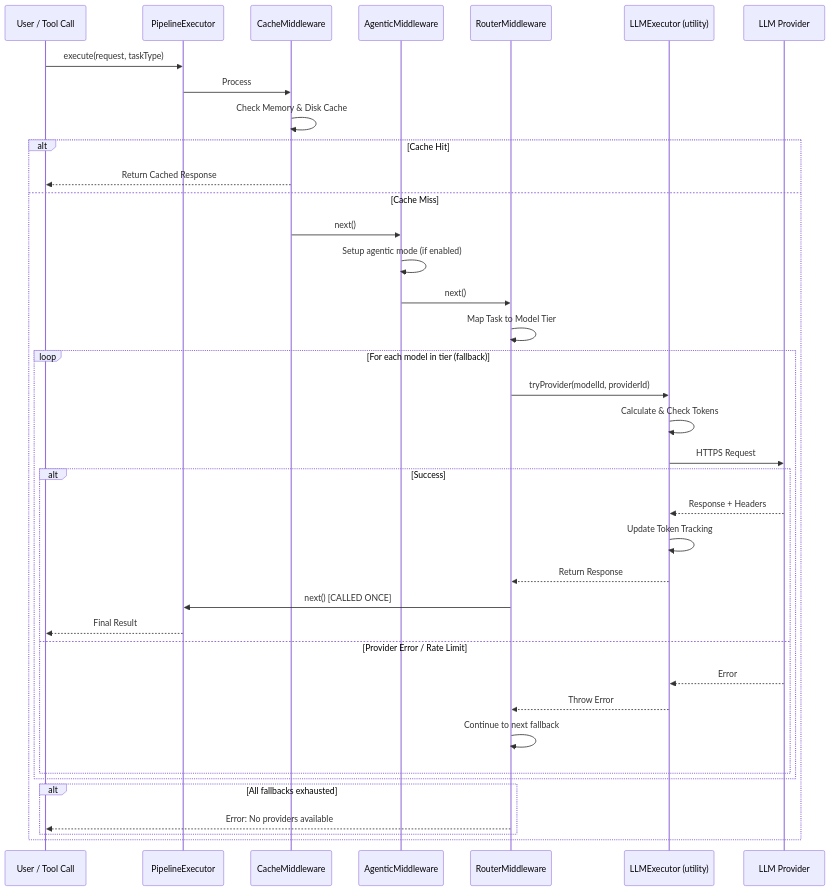
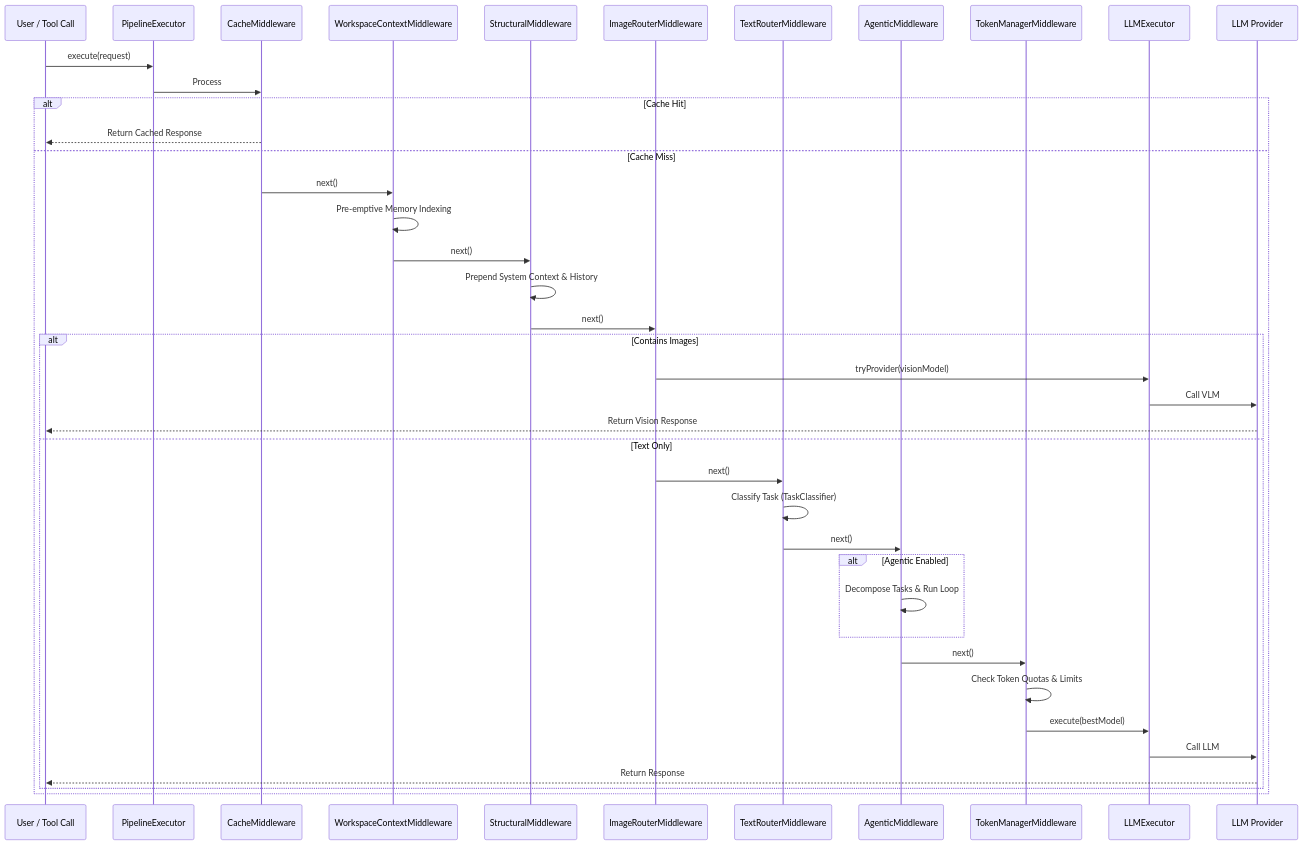
The diagram in mcp-server/docs/guide.md (djmahe4/awesome-free-llm-apis), drawn with Mermaid before and after one commit. The commit also changed other lines of this file and 8 other files, not shown here.

````diff
--- a/mcp-server/docs/guide.md
+++ b/mcp-server/docs/guide.md
@@ -13,41 +15,43 @@
 ```mermaid
 sequenceDiagram
     participant U as User / Tool Call
     participant E as PipelineExecutor
     participant C as CacheMiddleware
+    participant W as WorkspaceContextMiddleware
+    participant S as StructuralMiddleware
+    participant IR as ImageRouterMiddleware
+    participant TR as TextRouterMiddleware
     participant A as AgenticMiddleware
-    participant R as RouterMiddleware
-    participant X as LLMExecutor (utility)
+    participant TM as TokenManagerMiddleware
+    participant X as LLMExecutor
     participant P as LLM Provider
 
-    U->>E: execute(request, taskType)
+    U->>E: execute(request)
     E->>C: Process
-    C->>C: Check Memory & Disk Cache
     alt Cache Hit
         C-->>U: Return Cached Response
     else Cache Miss
-        C->>A: next()
-        A->>A: Setup agentic mode (if enabled)
-        A->>R: next()
-        R->>R: Map Task to Model Tier
-        loop For each model in tier (fallback)
-            R->>X: tryProvider(modelId, providerId)
-            X->>X: Calculate & Check Tokens
-            X->>P: HTTPS Request
-            alt Success
-                P-->>X: Response + Headers
-                X->>X: Update Token Tracking
-                X-->>R: Return Response
-                R->>E: next() [CALLED ONCE]
-                E-->>U: Final Result
-            else Provider Error / Rate Limit
-                P-->>X: Error
-                X-->>R: Throw Error
-                R->>R: Continue to next fallback
+        C->>W: next()
+        W->>W: Pre-emptive Memory Indexing
+        W->>S: next()
+        S->>S: Prepend System Context & History
+        S->>IR: next()
+        alt Contains Images
+            IR->>X: tryProvider(visionModel)
+            X->>P: Call VLM
+            P-->>U: Return Vision Response
+        else Text Only
+            IR->>TR: next()
+            TR->>TR: Classify Task (TaskClassifier)
+            TR->>A: next()
+            alt Agentic Enabled
+                A->>A: Decompose Tasks & Run Loop
             end
-        end
-        alt All fallbacks exhausted
-            R-->>U: Error: No providers available
+            A->>TM: next()
+            TM->>TM: Check Token Quotas & Limits
+            TM->>X: execute(bestModel)
+            X->>P: Call LLM
+            P-->>U: Return Response
         end
     end
 ```
````
